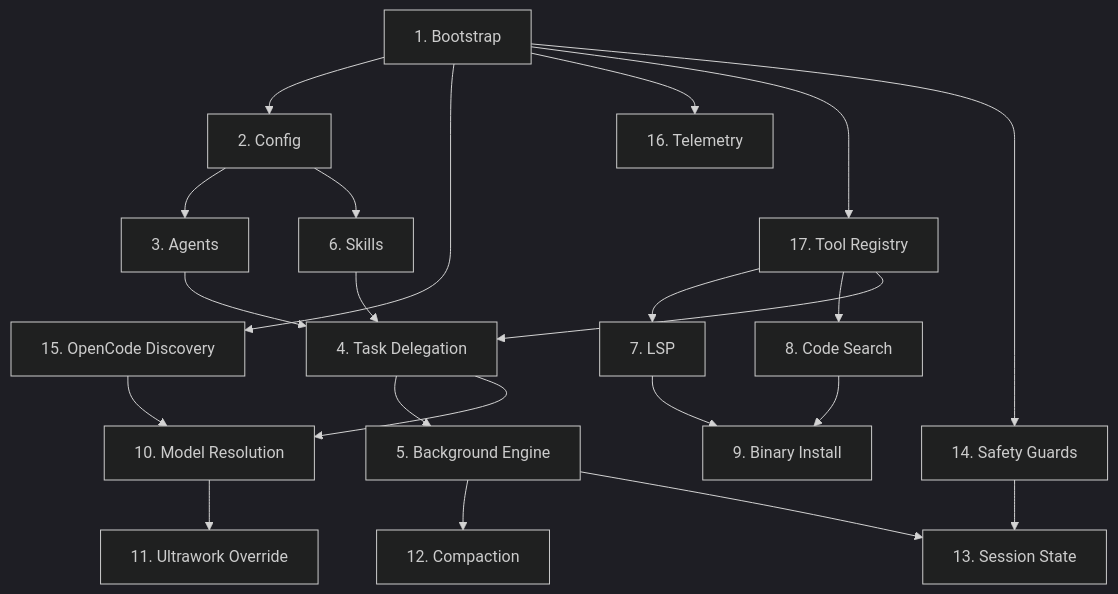
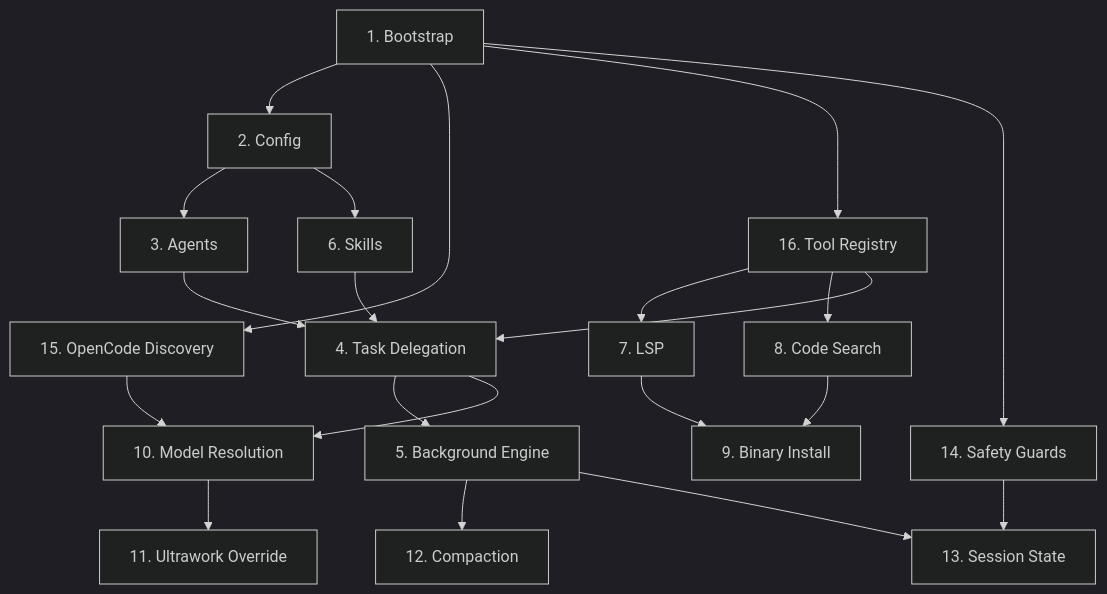
One commit to potb/oh-my-opencode changed the diagram in FEATURES.md. Above: the diagram before and after it, drawn with Mermaid (dark theme). The commit also changed other lines of this file and 11 other files, not shown here.

````diff
--- a/FEATURES.md
+++ b/FEATURES.md
@@ -9,24 +9,23 @@
 ```mermaid
 graph TD
   Bootstrap["1. Bootstrap"] --> Config["2. Config"]
   Bootstrap --> Discovery["15. OpenCode Discovery"]
-  Bootstrap --> Telemetry["16. Telemetry"]
   Discovery --> ModelRes["10. Model Resolution"]
   Config --> Agents["3. Agents"]
   Config --> Skills["6. Skills"]
   Agents --> Delegation["4. Task Delegation"]
   Skills --> Delegation
   Delegation --> BgEngine["5. Background Engine"]
   Delegation --> ModelRes
   BgEngine --> Compaction["12. Compaction"]
   BgEngine --> SessionState["13. Session State"]
   ModelRes --> Ultrawork["11. Ultrawork Override"]
-  Bootstrap --> ToolReg["17. Tool Registry"]
+  Bootstrap --> ToolReg["16. Tool Registry"]
   ToolReg --> LSP["7. LSP"]
   ToolReg --> Search["8. Code Search"]
   ToolReg --> Delegation
   Search --> BinInstall["9. Binary Install"]
   LSP --> BinInstall
   Bootstrap --> Guards["14. Safety Guards"]
   Guards --> SessionState
 ```
````
